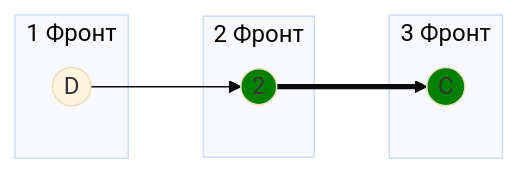
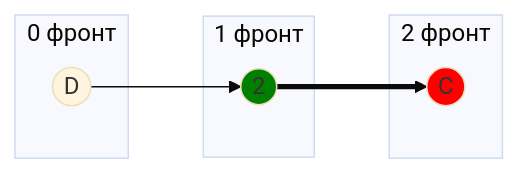
The fourth of 9 diagrams in Задание 8/DIVI.md (algos-ris-24-5/manual-tasks), drawn with Mermaid (base theme) before and after one commit. The commit also changed other lines of this file, not shown here.

````diff
--- a/Задание 8/DIVI.md
+++ b/Задание 8/DIVI.md
@@ -201,17 +158,18 @@
 ```mermaid
 graph LR
-    subgraph "1 Фронт"
+    subgraph "0 фронт"
         D((D))
     end
-    subgraph "2 Фронт"
+    subgraph "1 фронт"
         2((2))
+
     end
-    subgraph "3 Фронт"
+    subgraph "2 фронт"
         C((C))
     end
+
     D --> 2 ==> C
     
-
-    style C fill:#008000
+    style C fill:#FF0000
     style 2 fill:#008000
 ```
````
